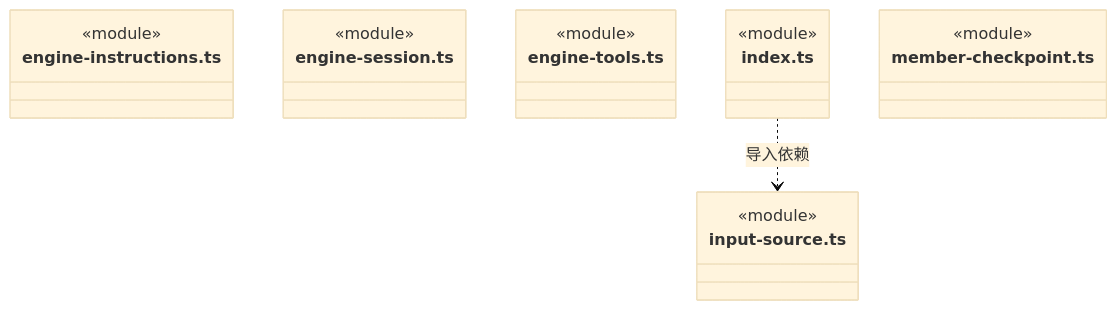
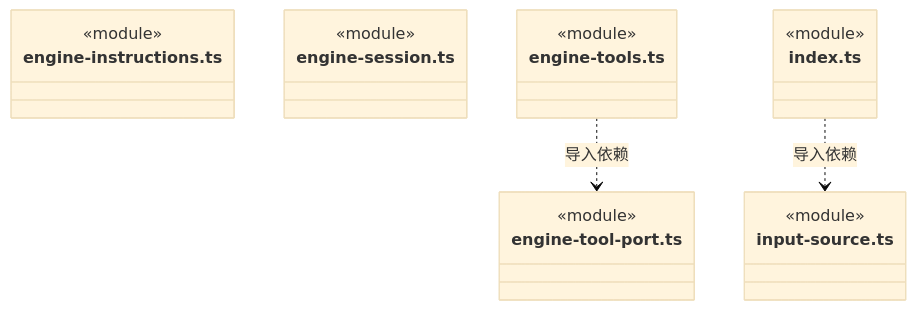
One commit to nan023062/cbim changed the second of 18 diagrams in src/backend/core/brain/ARCHITECTURE.md. Above: the diagram before and after it, drawn with Mermaid (base theme). The commit also changed other lines of this file and 50 other files, not shown here.

````diff
--- a/src/backend/core/brain/ARCHITECTURE.md
+++ b/src/backend/core/brain/ARCHITECTURE.md
@@ -62,22 +64,23 @@
 ```mermaid
 classDiagram
 class N_src_backend_core_brain_engine_instructions_ts["engine-instructions.ts"] {
   <<module>>
 }
 class N_src_backend_core_brain_engine_session_ts["engine-session.ts"] {
+  <<module>>
+}
+class N_src_backend_core_brain_engine_tool_port_ts["engine-tool-port.ts"] {
   <<module>>
 }
 class N_src_backend_core_brain_engine_tools_ts["engine-tools.ts"] {
   <<module>>
 }
 class N_src_backend_core_brain_index_ts["index.ts"] {
   <<module>>
 }
 class N_src_backend_core_brain_input_source_ts["input-source.ts"] {
   <<module>>
 }
-class N_src_backend_core_brain_member_checkpoint_ts["member-checkpoint.ts"] {
-  <<module>>
-}
+N_src_backend_core_brain_engine_tools_ts ..> N_src_backend_core_brain_engine_tool_port_ts : 导入依赖
 N_src_backend_core_brain_index_ts ..> N_src_backend_core_brain_input_source_ts : 导入依赖
 ```
````
